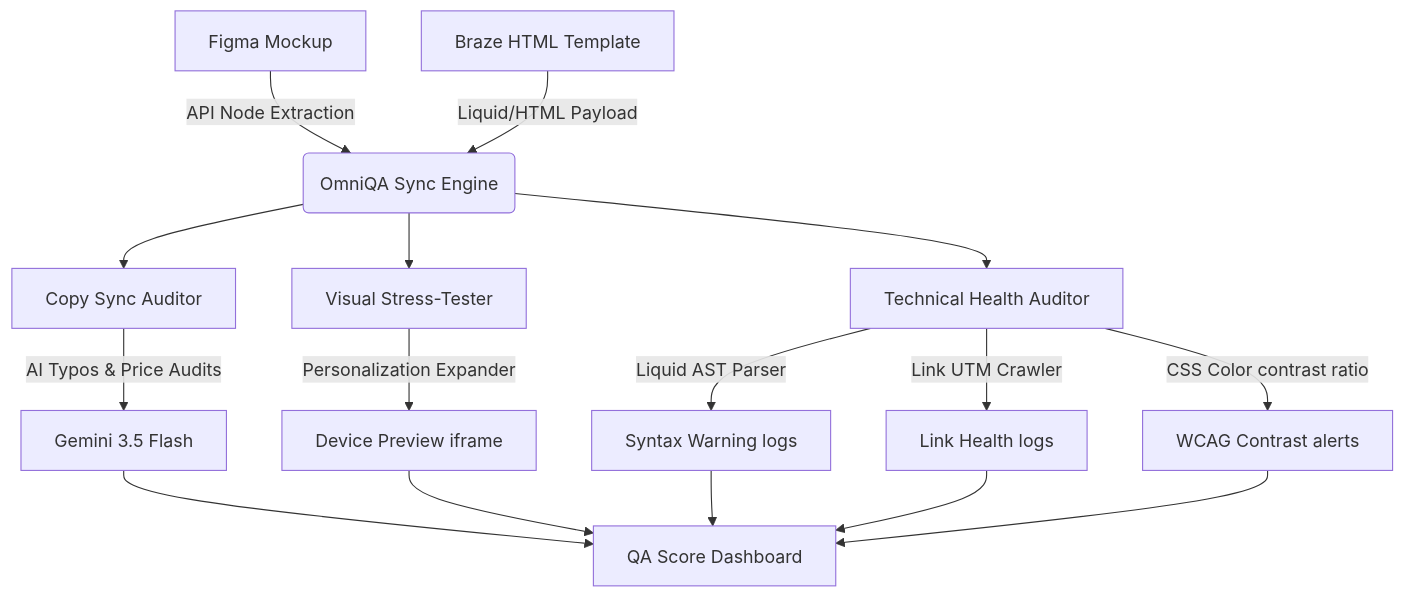
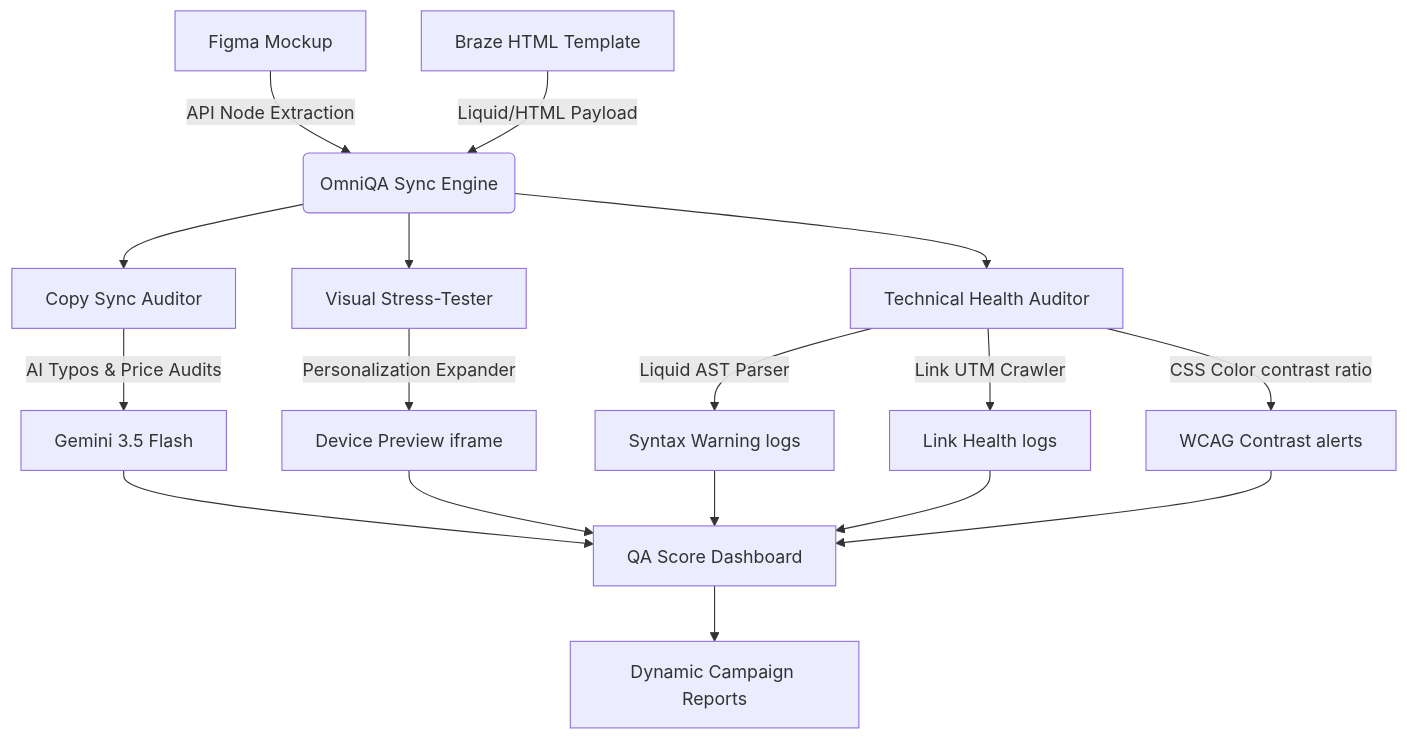
One commit to mzubtsova/omni-qa-braze changed the diagram in README.md. Above: the diagram before and after it, drawn with Mermaid. The commit also changed other lines of this file and 1 other file, not shown here.

````diff
--- a/README.md
+++ b/README.md
@@ -9,21 +11,22 @@
 ```mermaid
 graph TD
     A[Figma Mockup] -->|API Node Extraction| B(OmniQA Sync Engine)
     C[Braze HTML Template] -->|Liquid/HTML Payload| B
     
     B --> D[Copy Sync Auditor]
     B --> E[Visual Stress-Tester]
     B --> F[Technical Health Auditor]
     
     D -->|AI Typos & Price Audits| G[Gemini 3.5 Flash]
     E -->|Personalization Expander| H[Device Preview iframe]
     F -->|Liquid AST Parser| I[Syntax Warning logs]
     F -->|Link UTM Crawler| J[Link Health logs]
     F -->|CSS Color contrast ratio| K[WCAG Contrast alerts]
     
     G --> L[QA Score Dashboard]
     H --> L
     I --> L
     J --> L
     K --> L
+    L --> M[Dynamic Campaign Reports]
 ```
````
